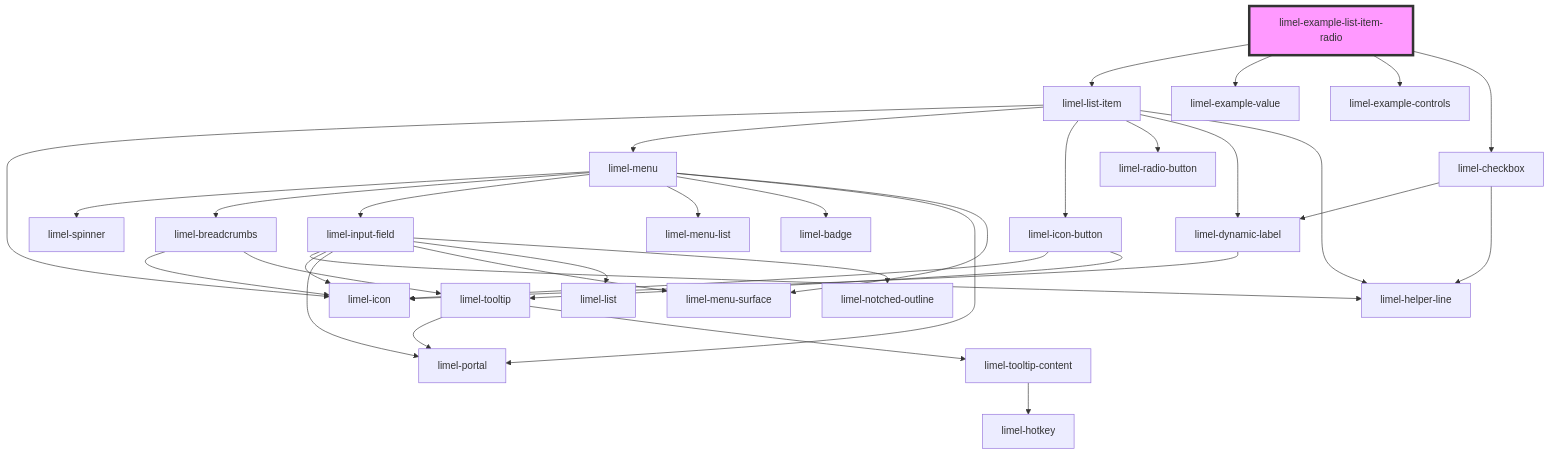
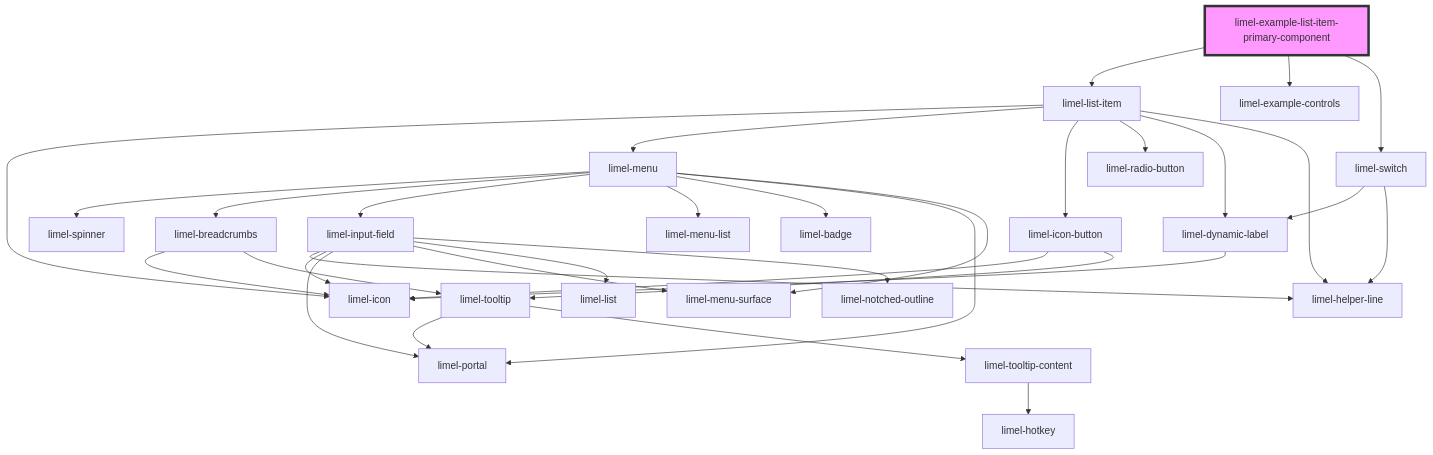
Before and after one commit to Lundalogik/lime-elements: the diagram in versions/PR-4489/markdown-docs/components/list-item/examples/readme.md, drawn with Mermaid. The commit also changed other lines of this file and 3 other files, not shown here.

````diff
--- a/versions/PR-4489/markdown-docs/components/list-item/examples/readme.md
+++ b/versions/PR-4489/markdown-docs/components/list-item/examples/readme.md
@@ -33,37 +38,36 @@
 ```mermaid
 graph TD;
-  limel-example-list-item-radio --> limel-list-item
-  limel-example-list-item-radio --> limel-example-value
-  limel-example-list-item-radio --> limel-example-controls
-  limel-example-list-item-radio --> limel-checkbox
+  limel-example-list-item-primary-component --> limel-list-item
+  limel-example-list-item-primary-component --> limel-example-controls
+  limel-example-list-item-primary-component --> limel-switch
   limel-list-item --> limel-icon
   limel-list-item --> limel-menu
   limel-list-item --> limel-icon-button
   limel-list-item --> limel-radio-button
   limel-list-item --> limel-dynamic-label
   limel-list-item --> limel-helper-line
   limel-menu --> limel-spinner
   limel-menu --> limel-breadcrumbs
   limel-menu --> limel-input-field
   limel-menu --> limel-menu-list
   limel-menu --> limel-badge
   limel-menu --> limel-portal
   limel-menu --> limel-menu-surface
   limel-breadcrumbs --> limel-icon
   limel-breadcrumbs --> limel-tooltip
   limel-tooltip --> limel-portal
   limel-tooltip --> limel-tooltip-content
   limel-tooltip-content --> limel-hotkey
   limel-input-field --> limel-helper-line
   limel-input-field --> limel-icon
   limel-input-field --> limel-portal
   limel-input-field --> limel-menu-surface
   limel-input-field --> limel-list
   limel-input-field --> limel-notched-outline
   limel-icon-button --> limel-icon
   limel-icon-button --> limel-tooltip
   limel-dynamic-label --> limel-icon
-  limel-checkbox --> limel-dynamic-label
-  limel-checkbox --> limel-helper-line
-  style limel-example-list-item-radio fill:#f9f,stroke:#333,stroke-width:4px
+  limel-switch --> limel-dynamic-label
+  limel-switch --> limel-helper-line
+  style limel-example-list-item-primary-component fill:#f9f,stroke:#333,stroke-width:4px
 ```
````
